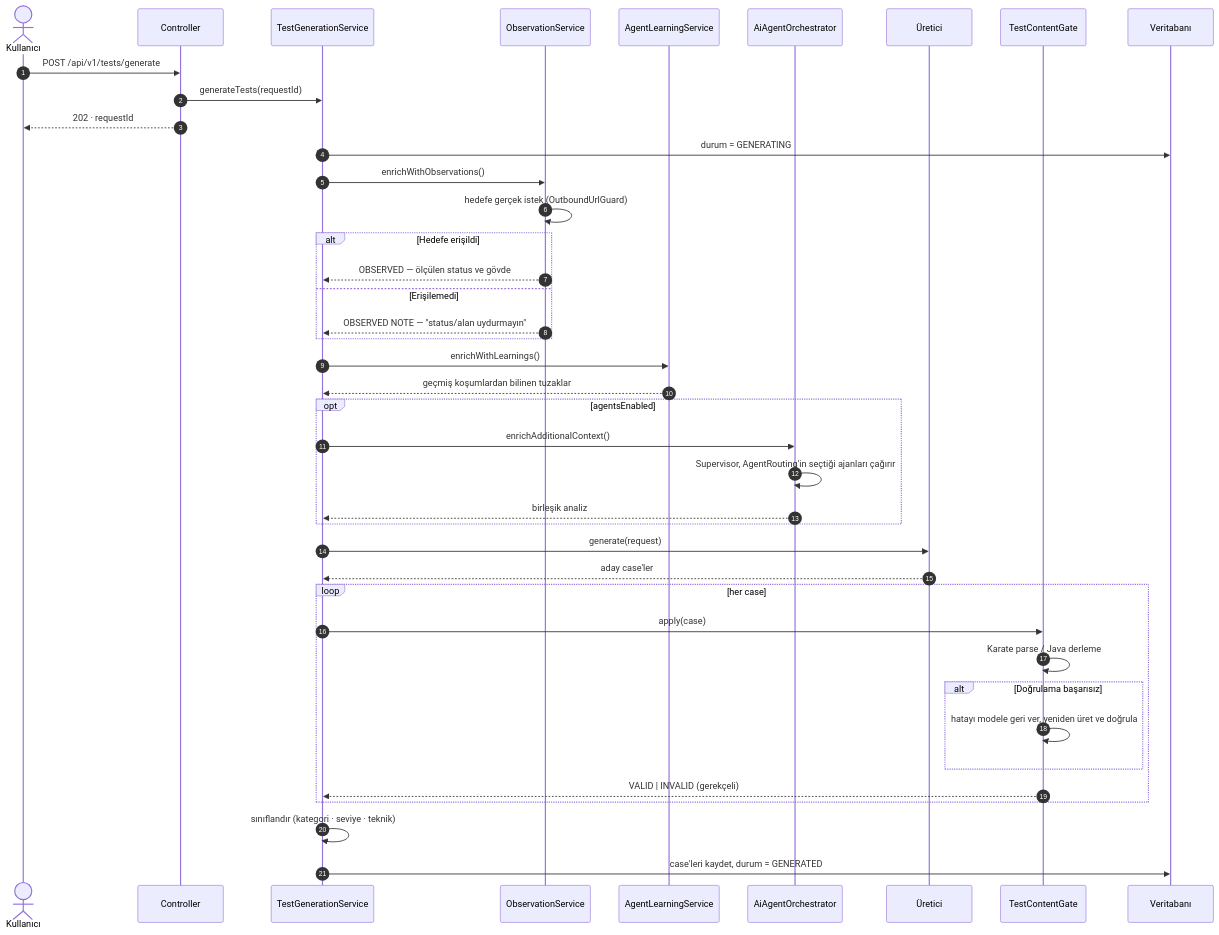
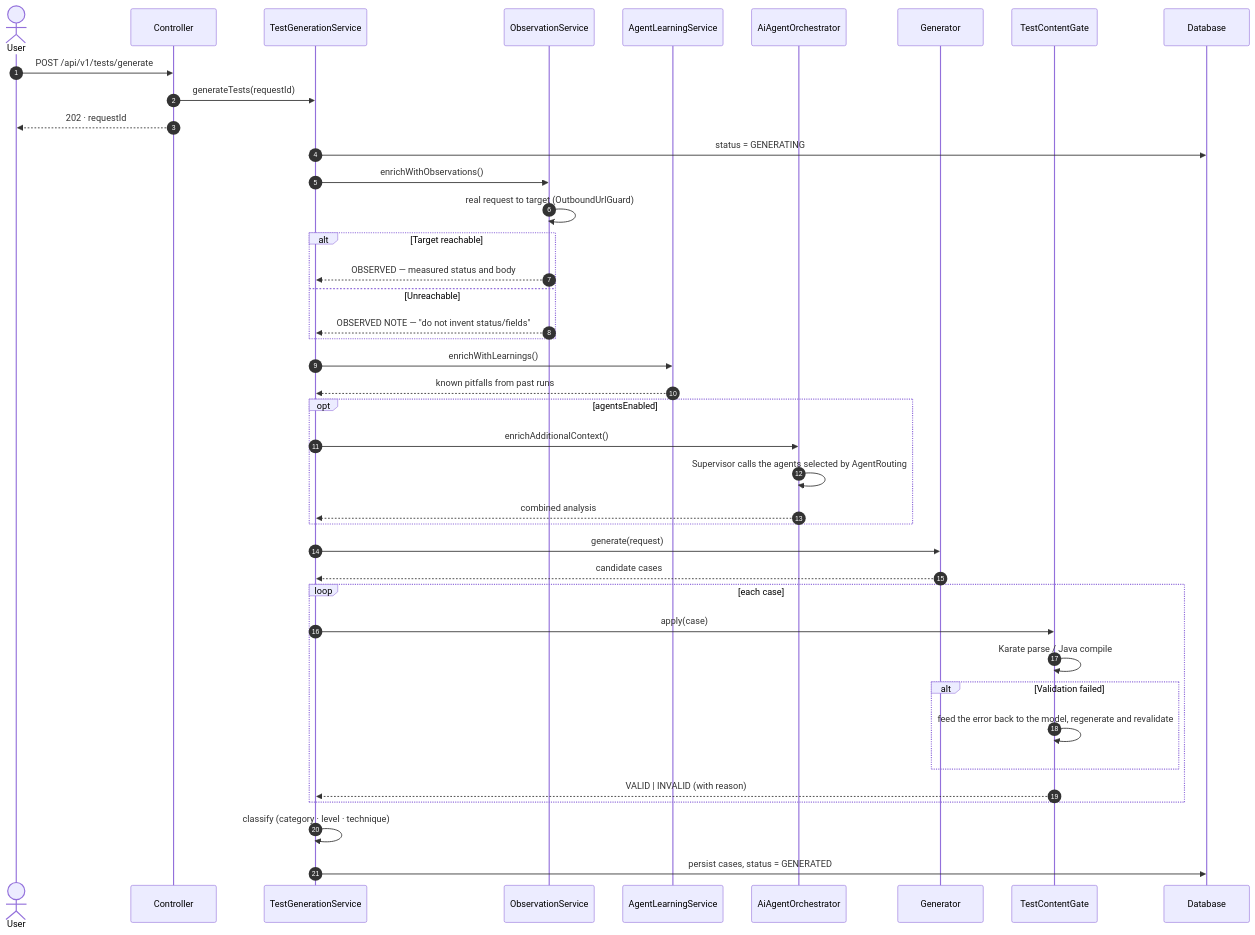
Before and after one commit to onurkavutlu/ai-test-generator: the second of 4 diagrams in README.md, drawn with Mermaid. The commit also changed other lines of this file and 19 other files, not shown here.

````diff
--- a/README.md
+++ b/README.md
@@ -169,50 +175,50 @@
 ```mermaid
 sequenceDiagram
     autonumber
-    actor K as Kullanıcı
+    actor U as User
     participant C as Controller
     participant S as TestGenerationService
     participant O as ObservationService
     participant L as AgentLearningService
     participant A as AiAgentOrchestrator
-    participant G as Üretici
+    participant G as Generator
     participant T as TestContentGate
-    participant D as Veritabanı
+    participant D as Database
 
-    K->>C: POST /api/v1/tests/generate
+    U->>C: POST /api/v1/tests/generate
     C->>S: generateTests(requestId)
-    C-->>K: 202 · requestId
-    S->>D: durum = GENERATING
+    C-->>U: 202 · requestId
+    S->>D: status = GENERATING
 
     S->>O: enrichWithObservations()
-    O->>O: hedefe gerçek istek (OutboundUrlGuard)
-    alt Hedefe erişildi
-        O-->>S: OBSERVED — ölçülen status ve gövde
-    else Erişilemedi
-        O-->>S: OBSERVED NOTE — "status/alan uydurmayın"
+    O->>O: real request to target (OutboundUrlGuard)
+    alt Target reachable
+        O-->>S: OBSERVED — measured status and body
+    else Unreachable
+        O-->>S: OBSERVED NOTE — "do not invent status/fields"
     end
 
     S->>L: enrichWithLearnings()
-    L-->>S: geçmiş koşumlardan bilinen tuzaklar
+    L-->>S: known pitfalls from past runs
 
     opt agentsEnabled
         S->>A: enrichAdditionalContext()
-        A->>A: Supervisor, AgentRouting'in seçtiği ajanları çağırır
-        A-->>S: birleşik analiz
+        A->>A: Supervisor calls the agents selected by AgentRouting
+        A-->>S: combined analysis
     end
 
     S->>G: generate(request)
-    G-->>S: aday case'ler
+    G-->>S: candidate cases
 
-    loop her case
+    loop each case
         S->>T: apply(case)
-        T->>T: Karate parse / Java derleme
-        alt Doğrulama başarısız
-            T->>T: hatayı modele geri ver, yeniden üret ve doğrula
+        T->>T: Karate parse / Java compile
+        alt Validation failed
+            T->>T: feed the error back to the model, regenerate and revalidate
         end
-        T-->>S: VALID | INVALID (gerekçeli)
+        T-->>S: VALID | INVALID (with reason)
     end
 
-    S->>S: sınıflandır (kategori · seviye · teknik)
-    S->>D: case'leri kaydet, durum = GENERATED
+    S->>S: classify (category · level · technique)
+    S->>D: persist cases, status = GENERATED
 ```
````
